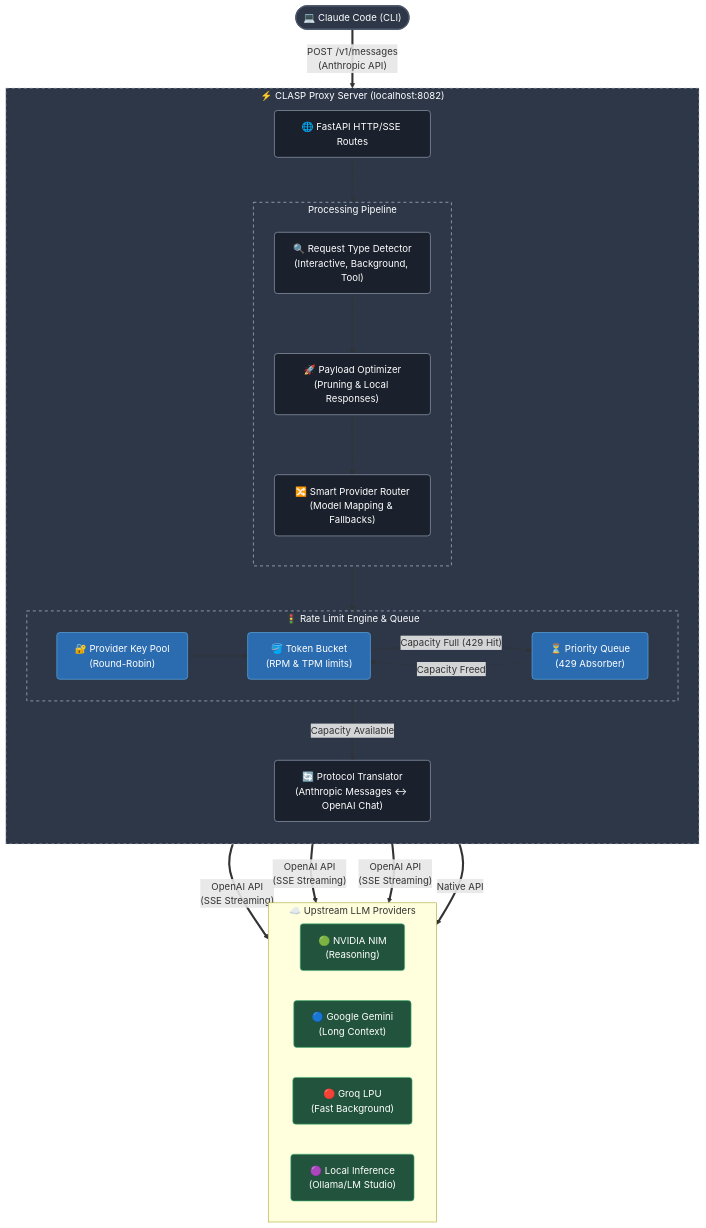
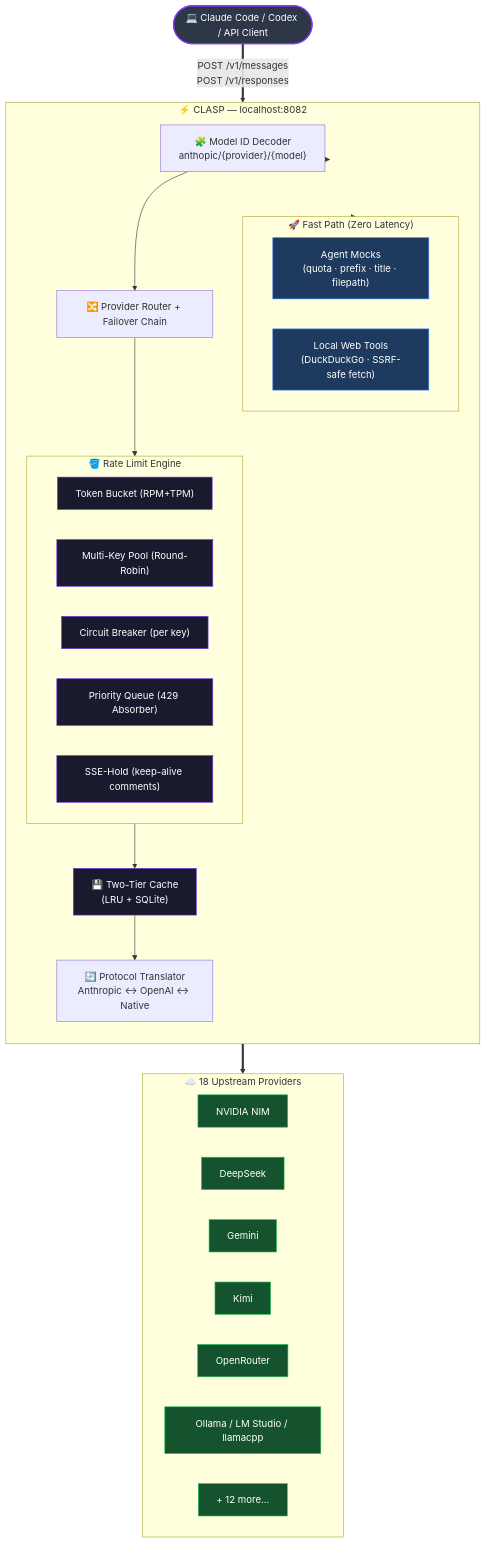
Before and after one commit to zibranxo/clasp: the diagram in README.md, drawn with Mermaid. The commit also changed other lines of this file and 256 other files, not shown here.

````diff
--- a/README.md
+++ b/README.md
@@ -169,70 +346,52 @@
 ```mermaid
 flowchart TB
-    %% Client Node
-    Client(["💻 Claude Code (CLI)"])
-    
-    %% Main Proxy Layer
-    subgraph Proxy ["⚡ CLASP Proxy Server (localhost:8082)"]
+    Client(["💻 Claude Code / Codex / API Client"])
+
+    subgraph CLASP ["⚡ CLASP — localhost:8082"]
         direction TB
-        
-        Receiver["🌐 FastAPI HTTP/SSE Routes"]
-        
-        subgraph Pipeline ["Processing Pipeline"]
-            direction TB
-            Detector["🔍 Request Type Detector<br/>(Interactive, Background, Tool)"]
-            Optimizer["🚀 Payload Optimizer<br/>(Pruning & Local Responses)"]
-            Router["🔀 Smart Provider Router<br/>(Model Mapping & Fallbacks)"]
+
+        subgraph FastPath ["🚀 Fast Path (Zero Latency)"]
+            Mocks["Agent Mocks\n(quota · prefix · title · filepath)"]
+            WebTools["Local Web Tools\n(DuckDuckGo · SSRF-safe fetch)"]
         end
-        
-        subgraph RateLimit ["🚦 Rate Limit Engine & Queue"]
-            direction LR
-            Pool["🔐 Provider Key Pool<br/>(Round-Robin)"] 
-            TokenBucket["🪣 Token Bucket<br/>(RPM & TPM limits)"]
-            Queue["⏳ Priority Queue<br/>(429 Absorber)"]
+
+        Decoder["🧩 Model ID Decoder\nanthopic/{provider}/{model}"]
+        Router["🔀 Provider Router + Failover Chain"]
+
+        subgraph RateLimitEngine ["🪣 Rate Limit Engine"]
+            TokenBucket["Token Bucket (RPM+TPM)"]
+            KeyPool["Multi-Key Pool (Round-Robin)"]
+            CircuitBreaker["Circuit Breaker (per key)"]
+            PriorityQueue["Priority Queue (429 Absorber)"]
+            SSEHold["SSE-Hold (keep-alive comments)"]
         end
-        
-        Translator["🔄 Protocol Translator<br/>(Anthropic Messages ↔ OpenAI Chat)"]
-    end
-    
-    %% Upstream Providers
-    subgraph Upstream ["☁️ Upstream LLM Providers"]
-        direction LR
-        NIM["🟢 NVIDIA NIM<br/>(Reasoning)"]
-        Gemini["🔵 Google Gemini<br/>(Long Context)"]
-        Groq["🔴 Groq LPU<br/>(Fast Background)"]
-        Local["🟣 Local Inference<br/>(Ollama/LM Studio)"]
+
+        Cache["💾 Two-Tier Cache\n(LRU + SQLite)"]
+        Translator["🔄 Protocol Translator\nAnthropic ↔ OpenAI ↔ Native"]
     end
 
-    %% Control Flow Links
-    Client == "POST /v1/messages<br/>(Anthropic API)" ==> Receiver
-    
-    Receiver --> Detector
-    Detector --> Optimizer
-    Optimizer --> Router
-    Router --> Pool
-    
-    Pool --> TokenBucket
-    
-    TokenBucket -- "Capacity Full (429 Hit)" --> Queue
-    Queue -. "Capacity Freed" .-> TokenBucket
-    
-    TokenBucket -- "Capacity Available" --> Translator
-    
-    Translator == "OpenAI API<br/>(SSE Streaming)" ==> NIM
-    Translator == "OpenAI API<br/>(SSE Streaming)" ==> Gemini
-    Translator == "OpenAI API<br/>(SSE Streaming)" ==> Groq
-    Translator == "Native API" ==> Local
-    
-    %% Styling
-    classDef client fill:#2d3748,stroke:#4a5568,color:#fff,stroke-width:2px,rx:10,ry:10
-    classDef component fill:#1a202c,stroke:#a0aec0,color:#fff,rx:5,ry:5
-    classDef engine fill:#2b6cb0,stroke:#63b3ed,color:#fff,rx:5,ry:5
-    classDef upstream fill:#22543d,stroke:#48bb78,color:#fff,rx:5,ry:5
-    classDef pipeline fill:#2d3748,stroke:#cbd5e0,color:#fff,stroke-dasharray: 5 5
-    
+    subgraph Upstream ["☁️ 18 Upstream Providers"]
+        NIM["NVIDIA NIM"]
+        DS["DeepSeek"]
+        Gem["Gemini"]
+        Kimi["Kimi"]
+        OR["OpenRouter"]
+        Local["Ollama / LM Studio / llamacpp"]
+        More["+ 12 more..."]
+    end
+
+    Client == "POST /v1/messages\nPOST /v1/responses" ==> CLASP
+    CLASP --> FastPath
+    CLASP --> Decoder --> Router --> RateLimitEngine --> Cache --> Translator
+    Translator ==> Upstream
+
+    classDef client fill:#2d3748,stroke:#7c3aed,color:#fff,stroke-width:2px
+    classDef fast fill:#1e3a5f,stroke:#3b82f6,color:#fff
+    classDef engine fill:#1a1a2e,stroke:#7c3aed,color:#fff
+    classDef upstream fill:#14532d,stroke:#22c55e,color:#fff
+
     class Client client
-    class Receiver,Detector,Optimizer,Router,Translator component
-    class Pool,TokenBucket,Queue engine
-    class NIM,Gemini,Groq,Local upstream
-    class Proxy,Pipeline,RateLimit pipeline
+    class Mocks,WebTools fast
+    class TokenBucket,KeyPool,CircuitBreaker,PriorityQueue,SSEHold,Cache engine
+    class NIM,DS,Gem,Kimi,OR,Local,More upstream
 ```
````
